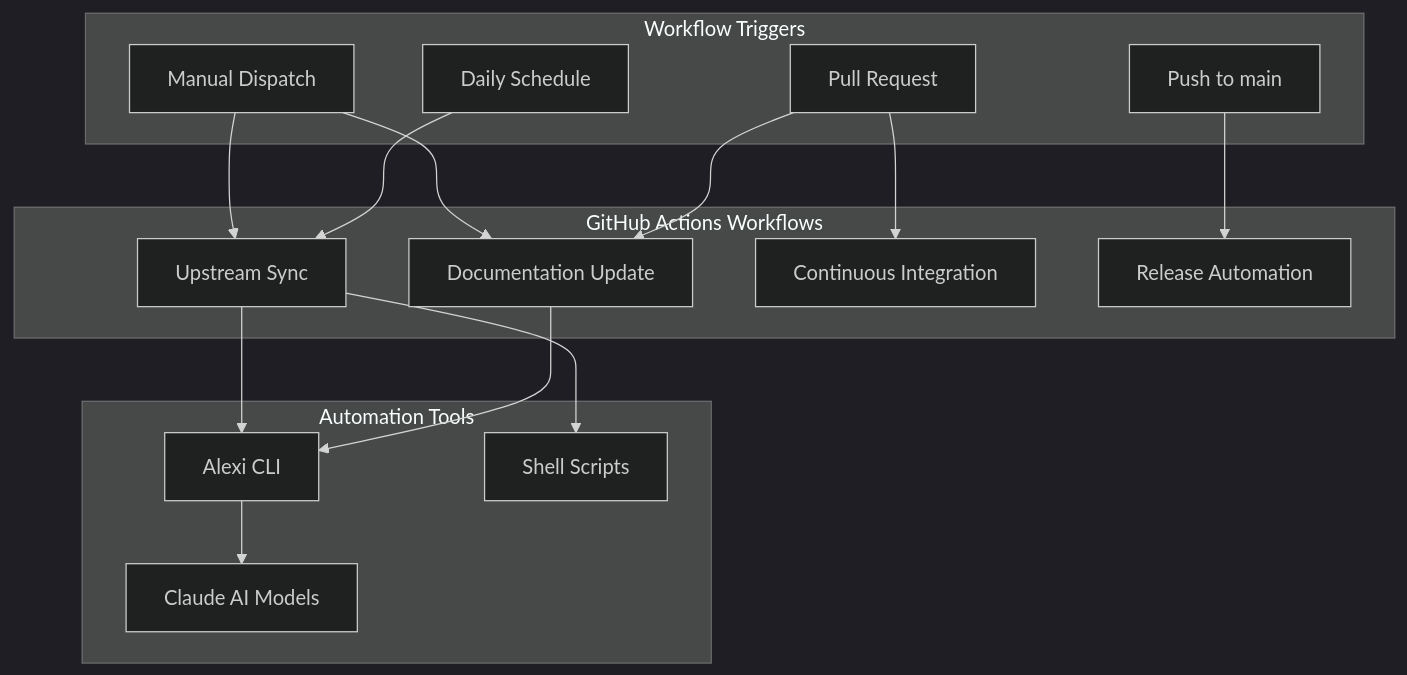
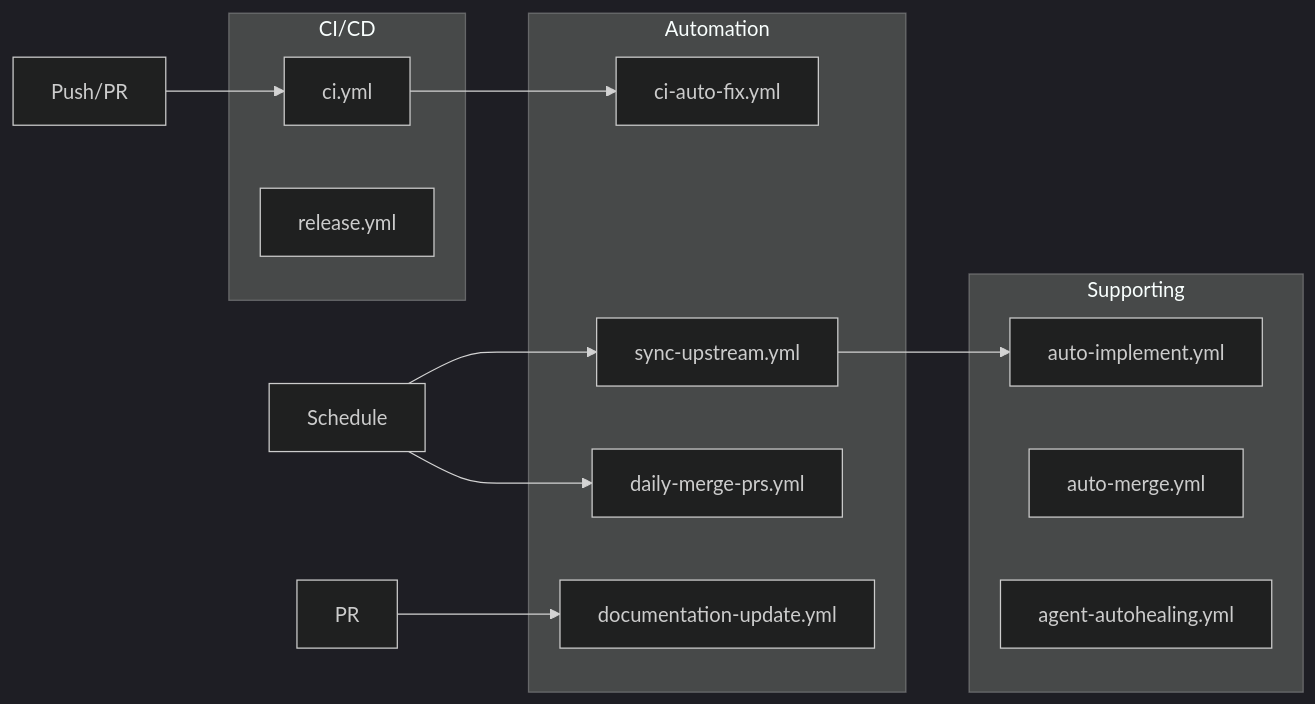
One commit to ausardcompany/alexi changed the first of 7 diagrams in docs/AUTOMATION.md. Above: the diagram before and after it, drawn with Mermaid (dark theme). The commit also changed other lines of this file and 6 other files, not shown here.

Commit message:
docs: auto-generate documentation [skip ci] [alexi-bot]

````diff
--- a/docs/AUTOMATION.md
+++ b/docs/AUTOMATION.md
@@ -11,34 +20,27 @@
 ```mermaid
-graph TB
-    subgraph Triggers["Workflow Triggers"]
-        PR[Pull Request]
-        Push[Push to main]
-        Schedule[Daily Schedule]
-        Manual[Manual Dispatch]
+graph LR
+    subgraph "CI/CD"
+        CI[ci.yml]
+        Release[release.yml]
     end
-    
-    subgraph Workflows["GitHub Actions Workflows"]
-        DocUpdate[Documentation Update]
-        Sync[Upstream Sync]
-        CI[Continuous Integration]
-        Release[Release Automation]
+
+    subgraph "Automation"
+        Sync[sync-upstream.yml]
+        Docs[documentation-update.yml]
+        Merge[daily-merge-prs.yml]
+        AutoFix[ci-auto-fix.yml]
     end
-    
-    subgraph Tools["Automation Tools"]
-        Alexi[Alexi CLI]
-        Claude[Claude AI Models]
-        Scripts[Shell Scripts]
+
+    subgraph "Supporting"
+        AutoImpl[auto-implement.yml]
+        AutoMerge[auto-merge.yml]
+        Healing[agent-autohealing.yml]
     end
-    
-    PR --> DocUpdate
-    PR --> CI
+
+    Push[Push/PR] --> CI
+    CI --> AutoFix
     Schedule --> Sync
-    Manual --> Sync
-    Manual --> DocUpdate
-    Push --> Release
-    
-    DocUpdate --> Alexi
-    Sync --> Alexi
-    Alexi --> Claude
-    Sync --> Scripts
+    Schedule --> Merge
+    PR --> Docs
+    Sync --> AutoImpl
 ```
````
